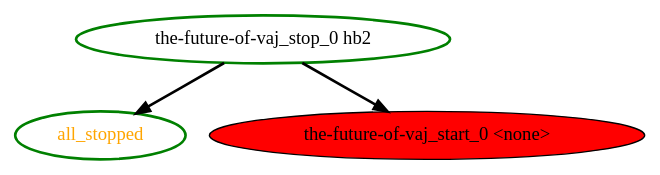
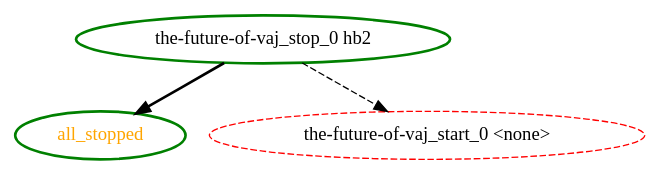
Before and after one commit to richiewen8/heartbeat: the diagram in crm/pengine/testcases/1484.dot, drawn with Graphviz. The commit also changed 13 other files, not shown here.

Commit message:
Low: PE: Improvements to the graph and .dot creation code * Tweaks to ensure the .dot file is accurate * Actions not included in the graph are dashed * Actions dependancies not included in the graph are dashed * Unrunnable actions have a red outline (instead of filled red) * Update regression tests

```diff
--- a/crm/pengine/testcases/1484.dot
+++ b/crm/pengine/testcases/1484.dot
@@ -1,7 +1,7 @@
  digraph "g" {
 "all_stopped" [ style=bold color="green" fontcolor="orange"  ]
-"the-future-of-vaj_start_0 <none>" [ style=filled color="black" fontcolor="black"  fillcolor=red]
+"the-future-of-vaj_start_0 <none>" [ style=dashed color="red" fontcolor="black"  ]
 "the-future-of-vaj_stop_0 hb2" -> "all_stopped" [ style = bold]
-"the-future-of-vaj_stop_0 hb2" -> "the-future-of-vaj_start_0 <none>" [ style = bold]
+"the-future-of-vaj_stop_0 hb2" -> "the-future-of-vaj_start_0 <none>" [ style = dashed]
 "the-future-of-vaj_stop_0 hb2" [ style=bold color="green" fontcolor="black"  ]
 }
```
